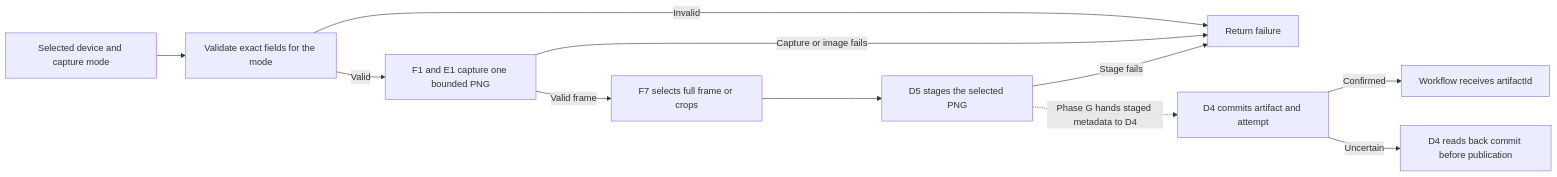
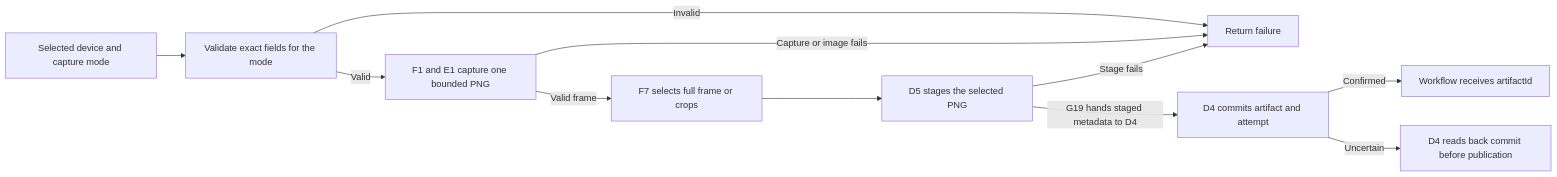
Before and after one commit to A2MaTex/a2matex-docs: the diagram in components/a2matex-runtime/f_device_commands/f7_screenshot.md, drawn with Mermaid. The commit also changed other lines of this file and 19 other files, not shown here.

````diff
--- a/components/a2matex-runtime/f_device_commands/f7_screenshot.md
+++ b/components/a2matex-runtime/f_device_commands/f7_screenshot.md
@@ -12,13 +12,13 @@
 ```mermaid
 flowchart LR
     I[Selected device and capture mode] --> V[Validate exact fields for the mode]
     V -->|Invalid| X[Return failure]
     V -->|Valid| C[F1 and E1 capture one bounded PNG]
     C -->|Capture or image fails| X
     C -->|Valid frame| R[F7 selects full frame or crops]
     R --> S[D5 stages the selected PNG]
     S -->|Stage fails| X
-    S -. Phase G hands staged metadata to D4 .-> D[D4 commits artifact and attempt]
+    S -->|G19 hands staged metadata to D4| D[D4 commits artifact and attempt]
     D -->|Confirmed| O[Workflow receives artifactId]
     D -->|Uncertain| P[D4 reads back commit before publication]
 ```
````
